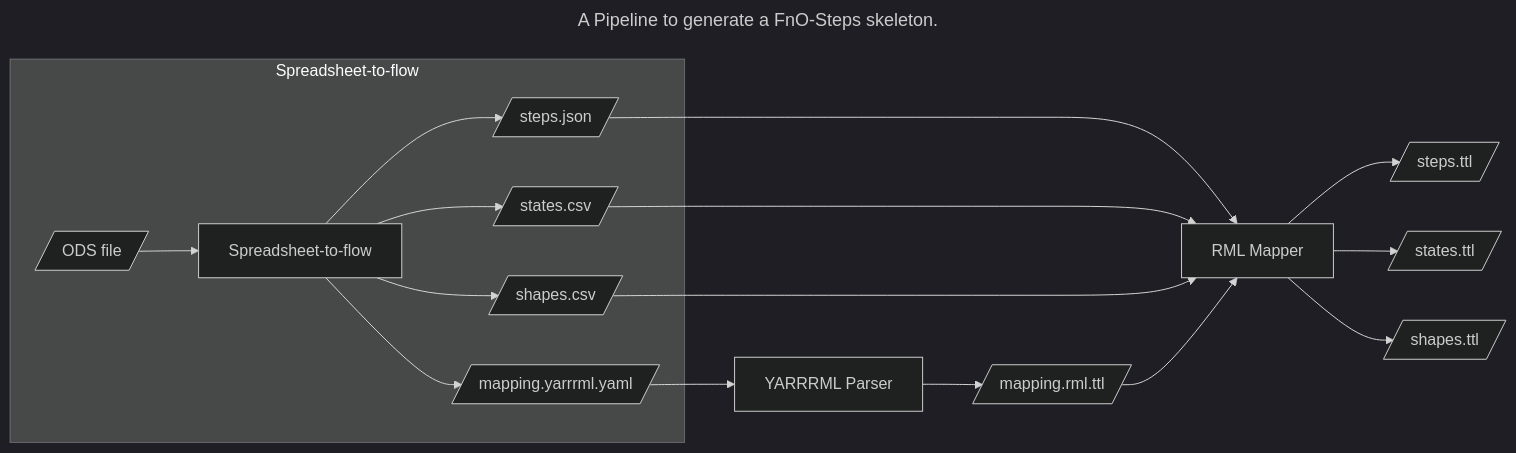
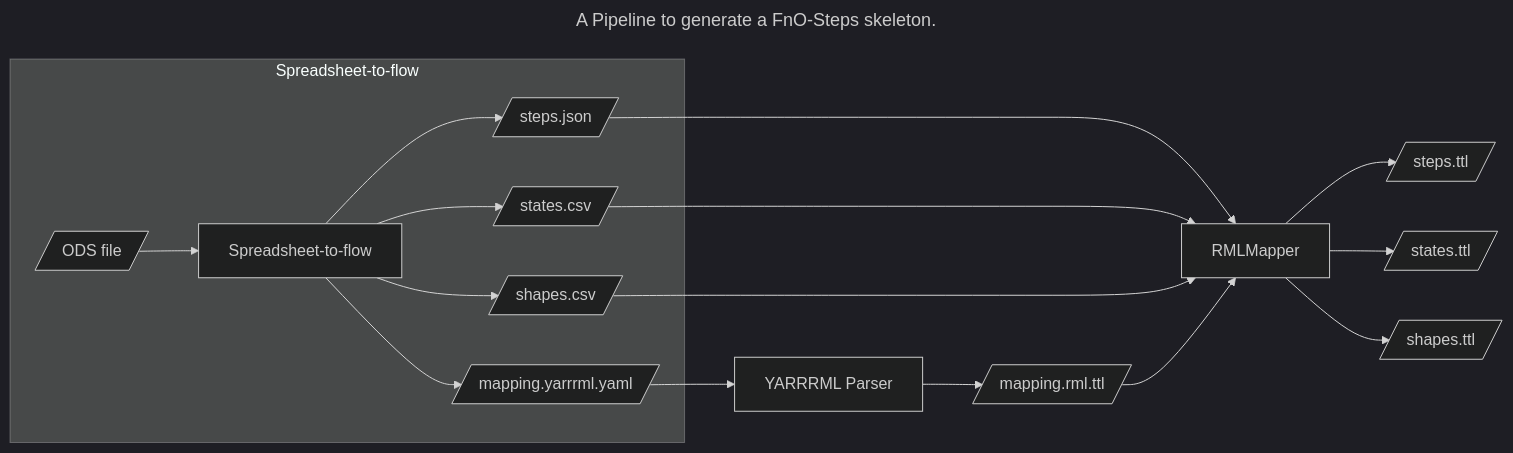
One commit to FnOio/Spreadheet-to-workflow changed the first of 2 diagrams in README.md. Above: the diagram before and after it, drawn with Mermaid (dark theme). The commit also changed other lines of this file and 10 other files, not shown here.

````diff
--- a/README.md
+++ b/README.md
@@ -10,24 +10,24 @@
 ```mermaid
 ---
 title: A Pipeline to generate a FnO-Steps skeleton.
 ---
 flowchart LR
     subgraph Spreadsheet-to-flow
     A[/ODS file/] --> stf[Spreadsheet-to-flow]
     stf --> yf[/mapping.yarrrml.yaml/]
     stf --> sf[/steps.json/]
     stf --> st[/states.csv/]
     stf --> sh[/shapes.csv/]
     end
     yf --> yp[YARRRML Parser]
     yp --> rmlf[/mapping.rml.ttl/]
 
-    sf --> rmlm[RML Mapper]
+    sf --> rmlm[RMLMapper]
     st --> rmlm
     sh --> rmlm
     rmlf --> rmlm
 
     rmlm --> steps[/steps.ttl/]
     rmlm --> states[/states.ttl/]
     rmlm --> shapes[/shapes.ttl/]
 ```
````
